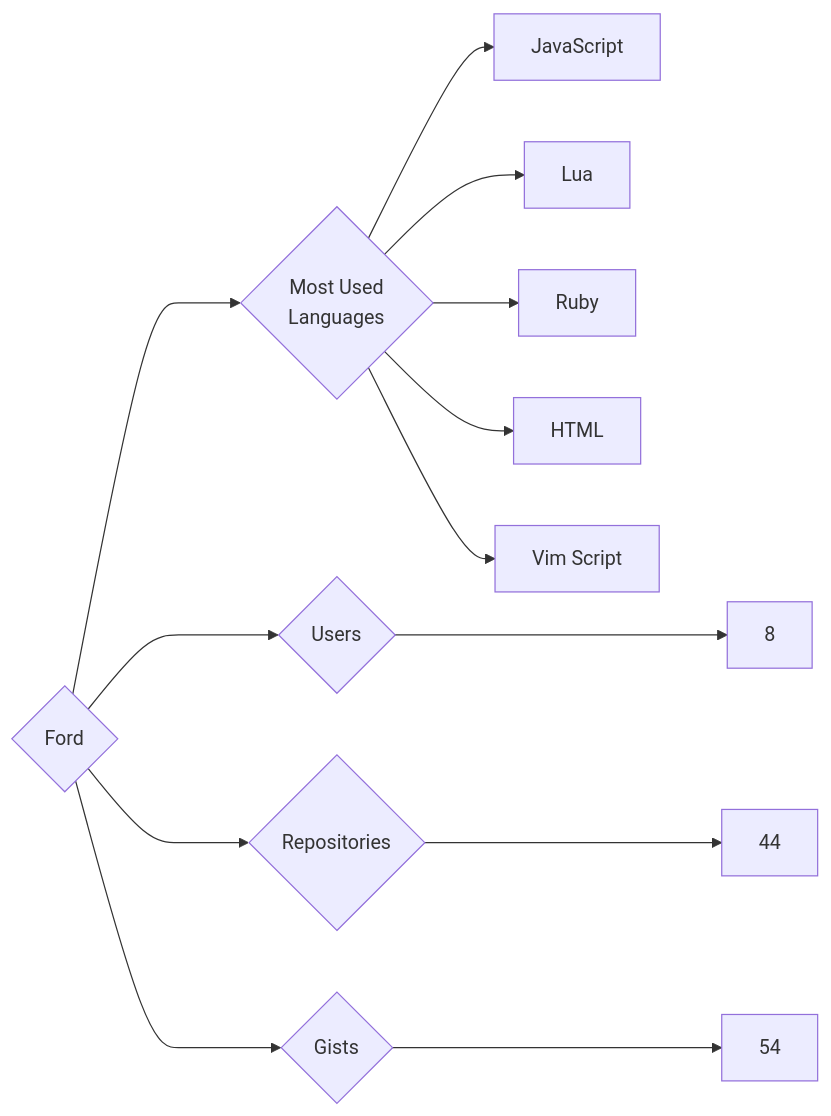
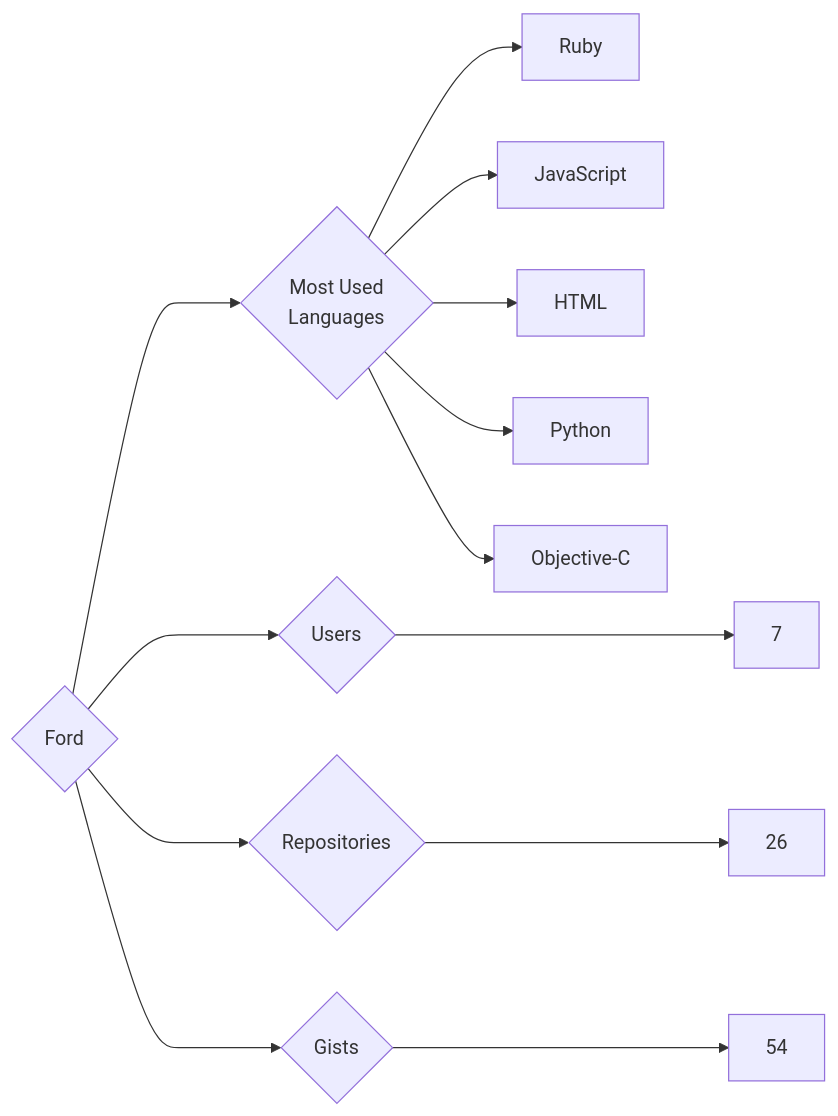
One commit to trickest/insiders changed the diagram in targets/Ford/README.md. Above: the diagram before and after it, drawn with Mermaid. The commit also changed 938 other files, not shown here.

````diff
--- a/targets/Ford/README.md
+++ b/targets/Ford/README.md
@@ -3,13 +3,13 @@
 ```mermaid
 graph LR
 COMPANY_NAME{Ford}
-COMPANY_NAME ---> U{Users} ---> UN[8]
-COMPANY_NAME ---> R{Repositories} ---> RN[44]
+COMPANY_NAME ---> U{Users} ---> UN[7]
+COMPANY_NAME ---> R{Repositories} ---> RN[26]
 COMPANY_NAME ---> G{Gists} ---> GN[54]
 COMPANY_NAME ---> ML{Most Used<br>Languages}
+ML --> Ruby[Ruby]
 ML --> JavaScript[JavaScript]
-ML --> Lua[Lua]
-ML --> Ruby[Ruby]
 ML --> HTML[HTML]
-ML --> Vim_Script[Vim Script]
+ML --> Python[Python]
+ML --> Objective-C[Objective-C]
 ```
````
